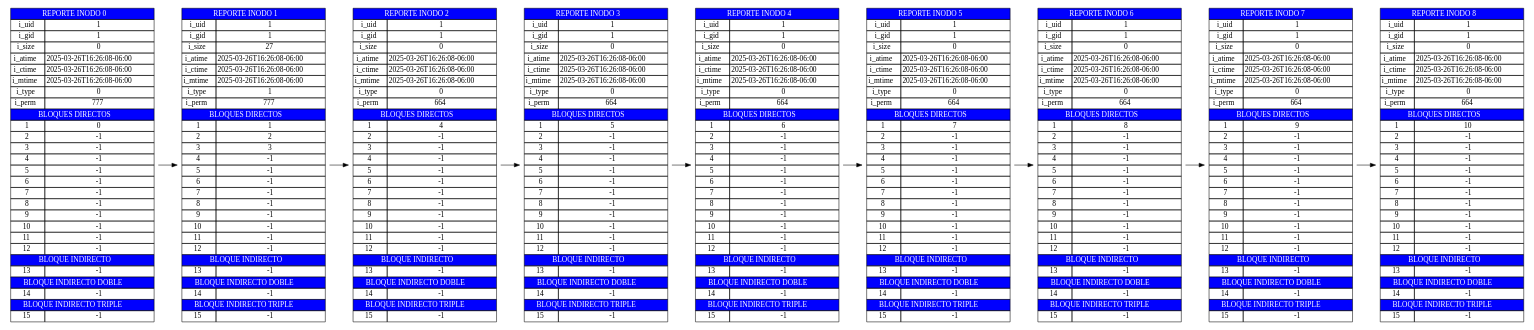
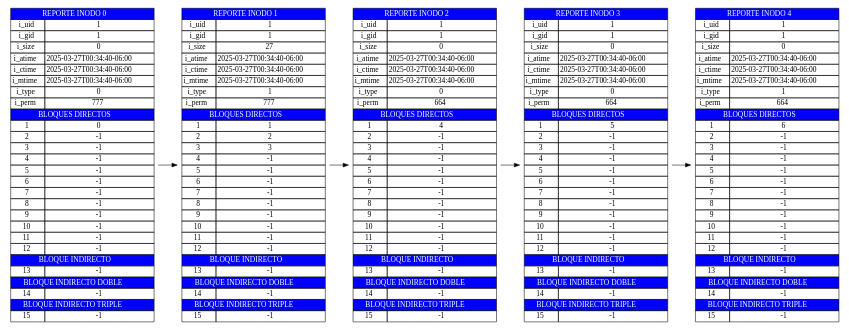
The diagram in server/src/salida/inodo.dot (miguel-tubac/MIA_1S2025_P1_202101927), drawn with Graphviz before and after one commit. The commit also changed 16 other files, not shown here.

```diff
--- a/server/src/salida/inodo.dot
+++ b/server/src/salida/inodo.dot
@@ -7,9 +7,9 @@
                 <tr><td>i_uid</td><td>1</td></tr>
                 <tr><td>i_gid</td><td>1</td></tr>
                 <tr><td>i_size</td><td>0</td></tr>
-                <tr><td>i_atime</td><td>2025-03-26T16:26:08-06:00</td></tr>
-                <tr><td>i_ctime</td><td>2025-03-26T16:26:08-06:00</td></tr>
-                <tr><td>i_mtime</td><td>2025-03-26T16:26:08-06:00</td></tr>
+                <tr><td>i_atime</td><td>2025-03-27T00:34:40-06:00</td></tr>
+                <tr><td>i_ctime</td><td>2025-03-27T00:34:40-06:00</td></tr>
+                <tr><td>i_mtime</td><td>2025-03-27T00:34:40-06:00</td></tr>
                 <tr><td>i_type</td><td>0</td></tr>
                 <tr><td>i_perm</td><td>777</td></tr>
                 <tr><td colspan="2" bgcolor="#0000FF"><font color="white"> BLOQUES DIRECTOS </font></td></tr>
@@ -28,9 +28,9 @@
                 <tr><td>i_uid</td><td>1</td></tr>
                 <tr><td>i_gid</td><td>1</td></tr>
                 <tr><td>i_size</td><td>27</td></tr>
-                <tr><td>i_atime</td><td>2025-03-26T16:26:08-06:00</td></tr>
-                <tr><td>i_ctime</td><td>2025-03-26T16:26:08-06:00</td></tr>
-                <tr><td>i_mtime</td><td>2025-03-26T16:26:08-06:00</td></tr>
+                <tr><td>i_atime</td><td>2025-03-27T00:34:40-06:00</td></tr>
+                <tr><td>i_ctime</td><td>2025-03-27T00:34:40-06:00</td></tr>
+                <tr><td>i_mtime</td><td>2025-03-27T00:34:40-06:00</td></tr>
                 <tr><td>i_type</td><td>1</td></tr>
                 <tr><td>i_perm</td><td>777</td></tr>
                 <tr><td colspan="2" bgcolor="#0000FF"><font color="white"> BLOQUES DIRECTOS </font></td></tr>
@@ -49,9 +49,9 @@
                 <tr><td>i_uid</td><td>1</td></tr>
                 <tr><td>i_gid</td><td>1</td></tr>
                 <tr><td>i_size</td><td>0</td></tr>
-                <tr><td>i_atime</td><td>2025-03-26T16:26:08-06:00</td></tr>
-                <tr><td>i_ctime</td><td>2025-03-26T16:26:08-06:00</td></tr>
-                <tr><td>i_mtime</td><td>2025-03-26T16:26:08-06:00</td></tr>
+                <tr><td>i_atime</td><td>2025-03-27T00:34:40-06:00</td></tr>
+                <tr><td>i_ctime</td><td>2025-03-27T00:34:40-06:00</td></tr>
+                <tr><td>i_mtime</td><td>2025-03-27T00:34:40-06:00</td></tr>
                 <tr><td>i_type</td><td>0</td></tr>
                 <tr><td>i_perm</td><td>664</td></tr>
                 <tr><td colspan="2" bgcolor="#0000FF"><font color="white"> BLOQUES DIRECTOS </font></td></tr>
@@ -70,9 +70,9 @@
                 <tr><td>i_uid</td><td>1</td></tr>
                 <tr><td>i_gid</td><td>1</td></tr>
                 <tr><td>i_size</td><td>0</td></tr>
-                <tr><td>i_atime</td><td>2025-03-26T16:26:08-06:00</td></tr>
-                <tr><td>i_ctime</td><td>2025-03-26T16:26:08-06:00</td></tr>
-                <tr><td>i_mtime</td><td>2025-03-26T16:26:08-06:00</td></tr>
+                <tr><td>i_atime</td><td>2025-03-27T00:34:40-06:00</td></tr>
+                <tr><td>i_ctime</td><td>2025-03-27T00:34:40-06:00</td></tr>
+                <tr><td>i_mtime</td><td>2025-03-27T00:34:40-06:00</td></tr>
                 <tr><td>i_type</td><td>0</td></tr>
                 <tr><td>i_perm</td><td>664</td></tr>
                 <tr><td colspan="2" bgcolor="#0000FF"><font color="white"> BLOQUES DIRECTOS </font></td></tr>
@@ -91,10 +91,10 @@
                 <tr><td>i_uid</td><td>1</td></tr>
                 <tr><td>i_gid</td><td>1</td></tr>
                 <tr><td>i_size</td><td>0</td></tr>
-                <tr><td>i_atime</td><td>2025-03-26T16:26:08-06:00</td></tr>
-                <tr><td>i_ctime</td><td>2025-03-26T16:26:08-06:00</td></tr>
-                <tr><td>i_mtime</td><td>2025-03-26T16:26:08-06:00</td></tr>
-                <tr><td>i_type</td><td>0</td></tr>
+                <tr><td>i_atime</td><td>2025-03-27T00:34:40-06:00</td></tr>
+                <tr><td>i_ctime</td><td>2025-03-27T00:34:40-06:00</td></tr>
+                <tr><td>i_mtime</td><td>2025-03-27T00:34:40-06:00</td></tr>
+                <tr><td>i_type</td><td>1</td></tr>
                 <tr><td>i_perm</td><td>664</td></tr>
                 <tr><td colspan="2" bgcolor="#0000FF"><font color="white"> BLOQUES DIRECTOS </font></td></tr>
             <tr><td>1</td><td>6</td></tr><tr><td>2</td><td>-1</td></tr><tr><td>3</td><td>-1</td></tr><tr><td>4</td><td>-1</td></tr><tr><td>5</td><td>-1</td></tr><tr><td>6</td><td>-1</td></tr><tr><td>7</td><td>-1</td></tr><tr><td>8</td><td>-1</td></tr><tr><td>9</td><td>-1</td></tr><tr><td>10</td><td>-1</td></tr><tr><td>11</td><td>-1</td></tr><tr><td>12</td><td>-1</td></tr>
@@ -105,88 +105,4 @@
                 <tr><td colspan="2" bgcolor="#0000FF"><font color="white"> BLOQUE INDIRECTO TRIPLE </font></td></tr>
                 <tr><td>15</td><td>-1</td></tr>
             </table>>];
-        inode4 -> inode5;
-inode5 [label=<
-            <table border="0" cellborder="1" cellspacing="0">
-                <tr><td colspan="2" bgcolor="#0000FF"><font color="white"> REPORTE INODO 5 </font></td></tr>
-                <tr><td>i_uid</td><td>1</td></tr>
-                <tr><td>i_gid</td><td>1</td></tr>
-                <tr><td>i_size</td><td>0</td></tr>
-                <tr><td>i_atime</td><td>2025-03-26T16:26:08-06:00</td></tr>
-                <tr><td>i_ctime</td><td>2025-03-26T16:26:08-06:00</td></tr>
-                <tr><td>i_mtime</td><td>2025-03-26T16:26:08-06:00</td></tr>
-                <tr><td>i_type</td><td>0</td></tr>
-                <tr><td>i_perm</td><td>664</td></tr>
-                <tr><td colspan="2" bgcolor="#0000FF"><font color="white"> BLOQUES DIRECTOS </font></td></tr>
-            <tr><td>1</td><td>7</td></tr><tr><td>2</td><td>-1</td></tr><tr><td>3</td><td>-1</td></tr><tr><td>4</td><td>-1</td></tr><tr><td>5</td><td>-1</td></tr><tr><td>6</td><td>-1</td></tr><tr><td>7</td><td>-1</td></tr><tr><td>8</td><td>-1</td></tr><tr><td>9</td><td>-1</td></tr><tr><td>10</td><td>-1</td></tr><tr><td>11</td><td>-1</td></tr><tr><td>12</td><td>-1</td></tr>
-                <tr><td colspan="2" bgcolor="#0000FF"><font color="white"> BLOQUE INDIRECTO </font></td></tr>
-                <tr><td>13</td><td>-1</td></tr>
-                <tr><td colspan="2" bgcolor="#0000FF"><font color="white"> BLOQUE INDIRECTO DOBLE </font></td></tr>
-                <tr><td>14</td><td>-1</td></tr>
-                <tr><td colspan="2" bgcolor="#0000FF"><font color="white"> BLOQUE INDIRECTO TRIPLE </font></td></tr>
-                <tr><td>15</td><td>-1</td></tr>
-            </table>>];
-        inode5 -> inode6;
-inode6 [label=<
-            <table border="0" cellborder="1" cellspacing="0">
-                <tr><td colspan="2" bgcolor="#0000FF"><font color="white"> REPORTE INODO 6 </font></td></tr>
-                <tr><td>i_uid</td><td>1</td></tr>
-                <tr><td>i_gid</td><td>1</td></tr>
-                <tr><td>i_size</td><td>0</td></tr>
-                <tr><td>i_atime</td><td>2025-03-26T16:26:08-06:00</td></tr>
-                <tr><td>i_ctime</td><td>2025-03-26T16:26:08-06:00</td></tr>
-                <tr><td>i_mtime</td><td>2025-03-26T16:26:08-06:00</td></tr>
-                <tr><td>i_type</td><td>0</td></tr>
-                <tr><td>i_perm</td><td>664</td></tr>
-                <tr><td colspan="2" bgcolor="#0000FF"><font color="white"> BLOQUES DIRECTOS </font></td></tr>
-            <tr><td>1</td><td>8</td></tr><tr><td>2</td><td>-1</td></tr><tr><td>3</td><td>-1</td></tr><tr><td>4</td><td>-1</td></tr><tr><td>5</td><td>-1</td></tr><tr><td>6</td><td>-1</td></tr><tr><td>7</td><td>-1</td></tr><tr><td>8</td><td>-1</td></tr><tr><td>9</td><td>-1</td></tr><tr><td>10</td><td>-1</td></tr><tr><td>11</td><td>-1</td></tr><tr><td>12</td><td>-1</td></tr>
-                <tr><td colspan="2" bgcolor="#0000FF"><font color="white"> BLOQUE INDIRECTO </font></td></tr>
-                <tr><td>13</td><td>-1</td></tr>
-                <tr><td colspan="2" bgcolor="#0000FF"><font color="white"> BLOQUE INDIRECTO DOBLE </font></td></tr>
-                <tr><td>14</td><td>-1</td></tr>
-                <tr><td colspan="2" bgcolor="#0000FF"><font color="white"> BLOQUE INDIRECTO TRIPLE </font></td></tr>
-                <tr><td>15</td><td>-1</td></tr>
-            </table>>];
-        inode6 -> inode7;
-inode7 [label=<
-            <table border="0" cellborder="1" cellspacing="0">
-                <tr><td colspan="2" bgcolor="#0000FF"><font color="white"> REPORTE INODO 7 </font></td></tr>
-                <tr><td>i_uid</td><td>1</td></tr>
-                <tr><td>i_gid</td><td>1</td></tr>
-                <tr><td>i_size</td><td>0</td></tr>
-                <tr><td>i_atime</td><td>2025-03-26T16:26:08-06:00</td></tr>
-                <tr><td>i_ctime</td><td>2025-03-26T16:26:08-06:00</td></tr>
-                <tr><td>i_mtime</td><td>2025-03-26T16:26:08-06:00</td></tr>
-                <tr><td>i_type</td><td>0</td></tr>
-                <tr><td>i_perm</td><td>664</td></tr>
-                <tr><td colspan="2" bgcolor="#0000FF"><font color="white"> BLOQUES DIRECTOS </font></td></tr>
-            <tr><td>1</td><td>9</td></tr><tr><td>2</td><td>-1</td></tr><tr><td>3</td><td>-1</td></tr><tr><td>4</td><td>-1</td></tr><tr><td>5</td><td>-1</td></tr><tr><td>6</td><td>-1</td></tr><tr><td>7</td><td>-1</td></tr><tr><td>8</td><td>-1</td></tr><tr><td>9</td><td>-1</td></tr><tr><td>10</td><td>-1</td></tr><tr><td>11</td><td>-1</td></tr><tr><td>12</td><td>-1</td></tr>
-                <tr><td colspan="2" bgcolor="#0000FF"><font color="white"> BLOQUE INDIRECTO </font></td></tr>
-                <tr><td>13</td><td>-1</td></tr>
-                <tr><td colspan="2" bgcolor="#0000FF"><font color="white"> BLOQUE INDIRECTO DOBLE </font></td></tr>
-                <tr><td>14</td><td>-1</td></tr>
-                <tr><td colspan="2" bgcolor="#0000FF"><font color="white"> BLOQUE INDIRECTO TRIPLE </font></td></tr>
-                <tr><td>15</td><td>-1</td></tr>
-            </table>>];
-        inode7 -> inode8;
-inode8 [label=<
-            <table border="0" cellborder="1" cellspacing="0">
-                <tr><td colspan="2" bgcolor="#0000FF"><font color="white"> REPORTE INODO 8 </font></td></tr>
-                <tr><td>i_uid</td><td>1</td></tr>
-                <tr><td>i_gid</td><td>1</td></tr>
-                <tr><td>i_size</td><td>0</td></tr>
-                <tr><td>i_atime</td><td>2025-03-26T16:26:08-06:00</td></tr>
-                <tr><td>i_ctime</td><td>2025-03-26T16:26:08-06:00</td></tr>
-                <tr><td>i_mtime</td><td>2025-03-26T16:26:08-06:00</td></tr>
-                <tr><td>i_type</td><td>0</td></tr>
-                <tr><td>i_perm</td><td>664</td></tr>
-                <tr><td colspan="2" bgcolor="#0000FF"><font color="white"> BLOQUES DIRECTOS </font></td></tr>
-            <tr><td>1</td><td>10</td></tr><tr><td>2</td><td>-1</td></tr><tr><td>3</td><td>-1</td></tr><tr><td>4</td><td>-1</td></tr><tr><td>5</td><td>-1</td></tr><tr><td>6</td><td>-1</td></tr><tr><td>7</td><td>-1</td></tr><tr><td>8</td><td>-1</td></tr><tr><td>9</td><td>-1</td></tr><tr><td>10</td><td>-1</td></tr><tr><td>11</td><td>-1</td></tr><tr><td>12</td><td>-1</td></tr>
-                <tr><td colspan="2" bgcolor="#0000FF"><font color="white"> BLOQUE INDIRECTO </font></td></tr>
-                <tr><td>13</td><td>-1</td></tr>
-                <tr><td colspan="2" bgcolor="#0000FF"><font color="white"> BLOQUE INDIRECTO DOBLE </font></td></tr>
-                <tr><td>14</td><td>-1</td></tr>
-                <tr><td colspan="2" bgcolor="#0000FF"><font color="white"> BLOQUE INDIRECTO TRIPLE </font></td></tr>
-                <tr><td>15</td><td>-1</td></tr>
-            </table>>];
         }
```
